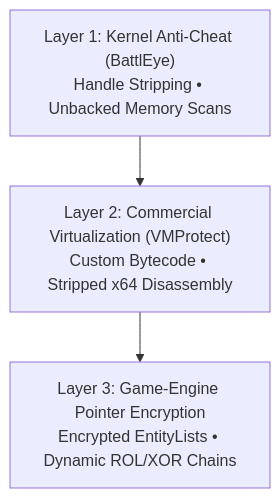
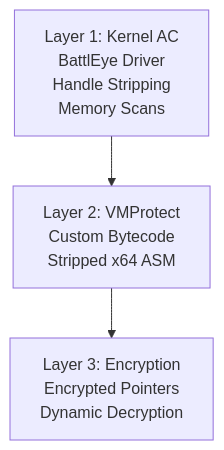
The first of 3 diagrams in topics/24-aaa-binary-obfuscation-and-r6-security-mechanics/README.md (DaddyZyn/Cyber-security-notes), drawn with Mermaid before and after one commit. The commit also changed other lines of this file and 7 other files, not shown here.

Commit message:
fix: reformat all diagrams in modules 20-27 with ultra-short line wrapping to prevent GitHub SVG text clipping

````diff
--- a/topics/24-aaa-binary-obfuscation-and-r6-security-mechanics/README.md
+++ b/topics/24-aaa-binary-obfuscation-and-r6-security-mechanics/README.md
@@ -30,8 +30,8 @@
 ```mermaid
 flowchart TD
-    L1["Layer 1: Kernel Anti-Cheat (BattlEye)<br/>Handle Stripping • Unbacked Memory Scans"]
-    L2["Layer 2: Commercial Virtualization (VMProtect)<br/>Custom Bytecode • Stripped x64 Disassembly"]
-    L3["Layer 3: Game-Engine Pointer Encryption<br/>Encrypted EntityLists • Dynamic ROL/XOR Chains"]
+    L1["Layer 1: Kernel AC<br/>BattlEye Driver<br/>Handle Stripping<br/>Memory Scans"]
+    L2["Layer 2: VMProtect<br/>Custom Bytecode<br/>Stripped x64 ASM"]
+    L3["Layer 3: Encryption<br/>Encrypted Pointers<br/>Dynamic Decryption"]
 
     L1 --> L2 --> L3
 ```
````
